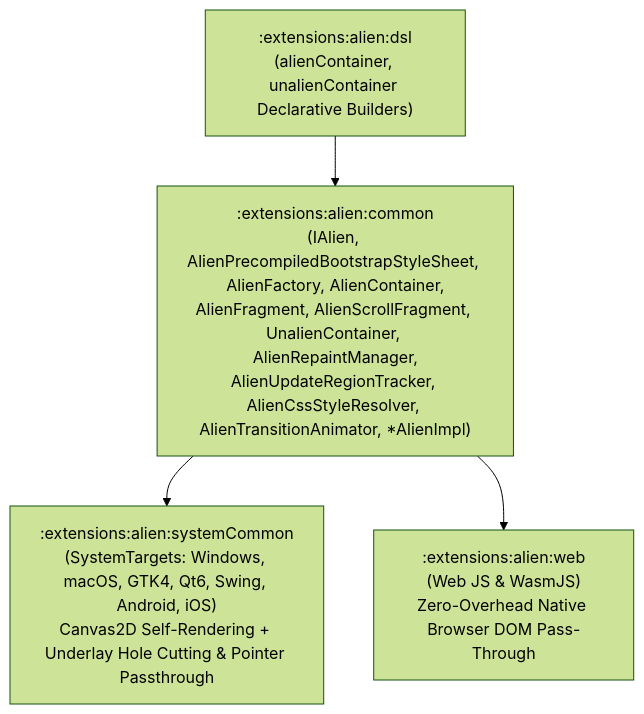
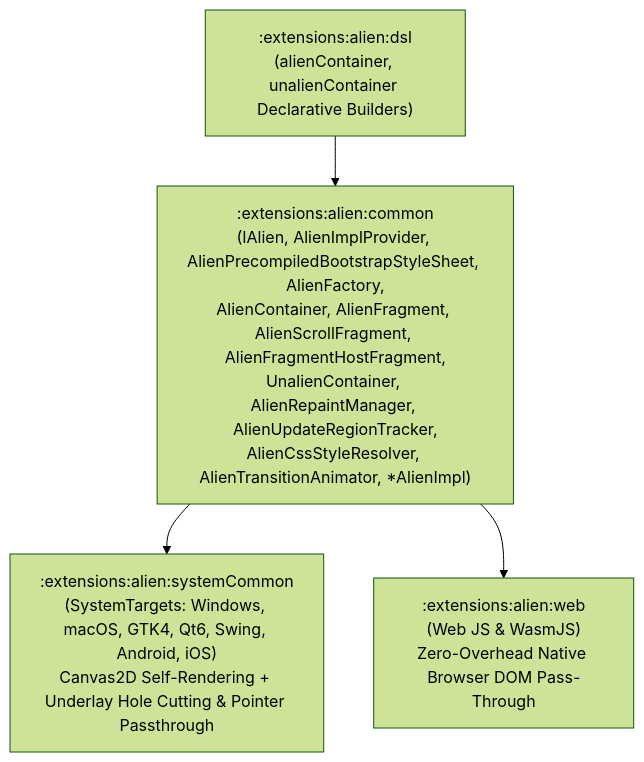
One commit to GenericUI/Extensions changed the second of 2 diagrams in docs/alien.md. Above: the diagram before and after it, drawn with Mermaid (forest theme). The commit also changed other lines of this file and 268 other files, not shown here.

Commit message:
feat(extensions): add SeekBar, ExpandingVolumeSlider, MediaPreloadMode, AlienFragmentHostFragment, and Styled visuals

````diff
--- a/docs/alien.md
+++ b/docs/alien.md
@@ -85,11 +113,11 @@
 ```mermaid
 flowchart TD
-    Common[":extensions:alien:common<br/>(IAlien, AlienPrecompiledBootstrapStyleSheet, AlienFactory, AlienContainer,<br/>AlienFragment, AlienScrollFragment, UnalienContainer, AlienRepaintManager,<br/>AlienUpdateRegionTracker, AlienCssStyleResolver, AlienTransitionAnimator, *AlienImpl)"]
+    Common[":extensions:alien:common<br/>(IAlien, AlienImplProvider, AlienPrecompiledBootstrapStyleSheet, AlienFactory,<br/>AlienContainer, AlienFragment, AlienScrollFragment, AlienFragmentHostFragment,<br/>UnalienContainer, AlienRepaintManager, AlienUpdateRegionTracker,<br/>AlienCssStyleResolver, AlienTransitionAnimator, *AlienImpl)"]
     SysCommon[":extensions:alien:systemCommon<br/>(SystemTargets: Windows, macOS, GTK4, Qt6, Swing, Android, iOS)<br/>Canvas2D Self-Rendering + Underlay Hole Cutting & Pointer Passthrough"]
     Web[":extensions:alien:web<br/>(Web JS & WasmJS)<br/>Zero-Overhead Native Browser DOM Pass-Through"]
     Dsl[":extensions:alien:dsl<br/>(alienContainer, unalienContainer Declarative Builders)"]
 
     Common --> SysCommon
     Common --> Web
     Dsl --> Common
 ```
````
